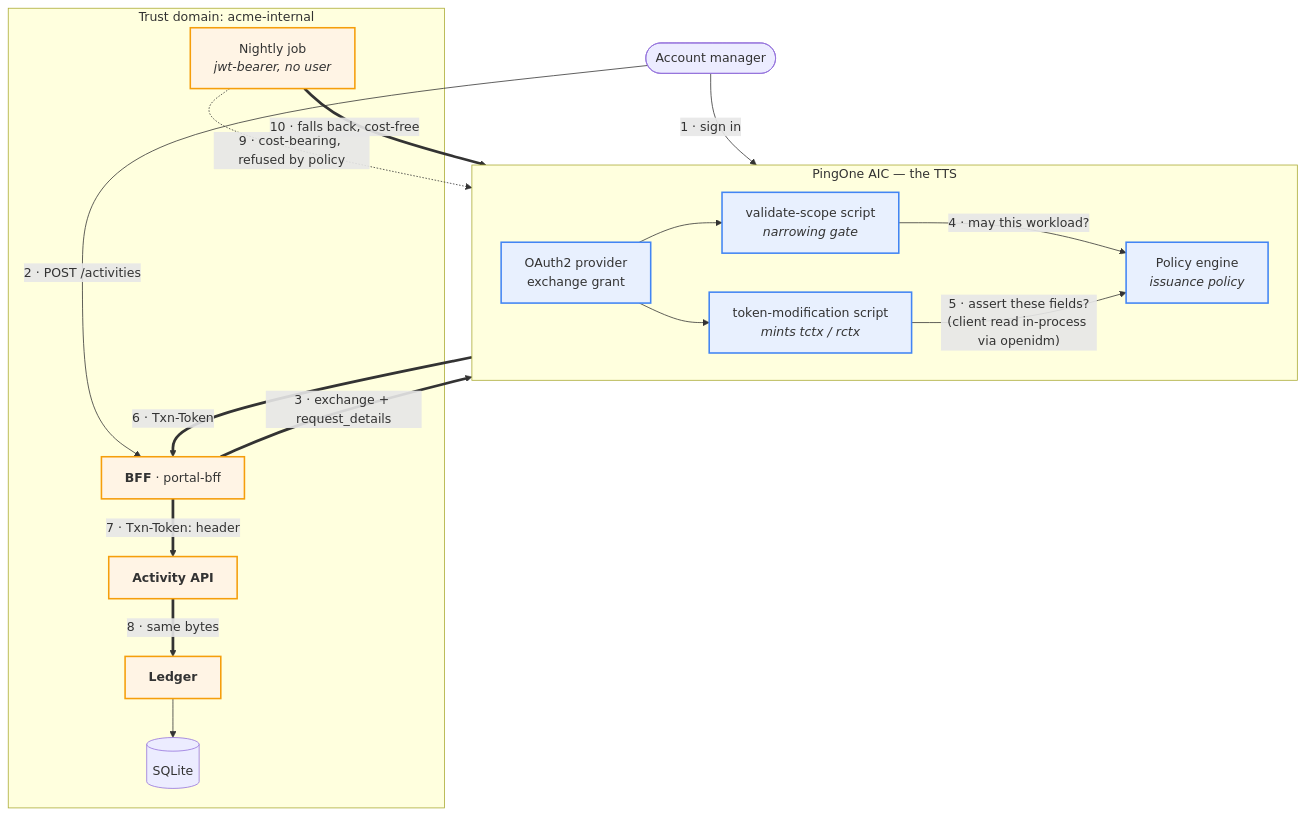
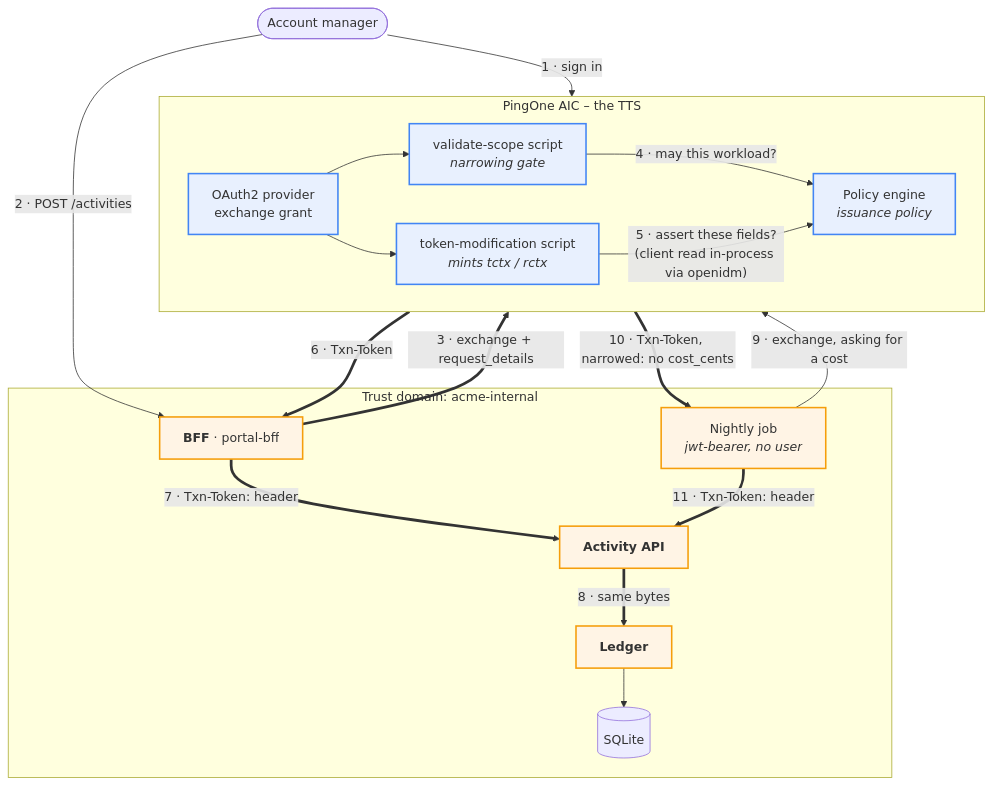
Before and after one commit to dbalmain/aic-demos: the diagram in transaction-tokens/ARCHITECTURE.md, drawn with Mermaid. The commit also changed other lines of this file and 1 other file, not shown here.

````diff
--- a/transaction-tokens/ARCHITECTURE.md
+++ b/transaction-tokens/ARCHITECTURE.md
@@ -33,39 +35,40 @@
 ```mermaid
 flowchart TB
     U(["Account manager"])
 
-    subgraph aic ["PingOne AIC — the TTS"]
+    subgraph aic ["PingOne AIC – the TTS"]
         direction LR
         AM["OAuth2 provider<br/>exchange grant"]
         VS["validate-scope script<br/><i>narrowing gate</i>"]
         ATM["token-modification script<br/><i>mints tctx / rctx</i>"]
         PDP["Policy engine<br/><i>issuance policy</i>"]
     end
 
     subgraph td ["Trust domain: acme-internal"]
         BFF["<b>BFF</b> · portal-bff"]
         API["<b>Activity API</b>"]
         LED["<b>Ledger</b>"]
         JOB["Nightly job<br/><i>jwt-bearer, no user</i>"]
         DB[("SQLite")]
     end
 
     U -->|"1 · sign in"| AM
     U -->|"2 · POST /activities"| BFF
     BFF ==>|"3 · exchange + request_details"| AM
     AM --> VS
     VS -->|"4 · may this workload?"| PDP
     AM --> ATM
     ATM -->|"5 · assert these fields?<br/>(client read in-process via openidm)"| PDP
     AM ==>|"6 · Txn-Token"| BFF
     BFF ==>|"7 · Txn-Token: header"| API
     API ==>|"8 · same bytes"| LED
     LED --> DB
-    JOB -.->|"9 · cost-bearing, refused by policy"| AM
-    JOB ==>|"10 · falls back, cost-free"| AM
+    JOB -->|"9 · exchange, asking for a cost"| AM
+    AM ==>|"10 · Txn-Token, narrowed: no cost_cents"| JOB
+    JOB ==>|"11 · Txn-Token: header"| API
 
     classDef a fill:#e8f0fe,stroke:#4285f4,stroke-width:2px
     classDef t fill:#fff4e5,stroke:#f59e0b,stroke-width:2px
     class AM,VS,ATM,PDP a
     class BFF,API,LED,JOB t
 ```
````
